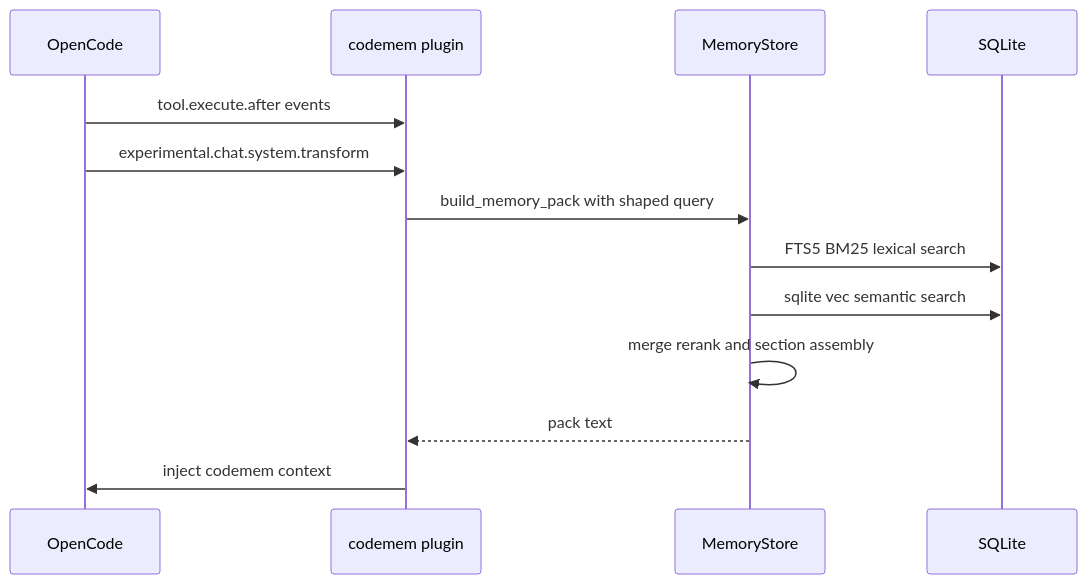
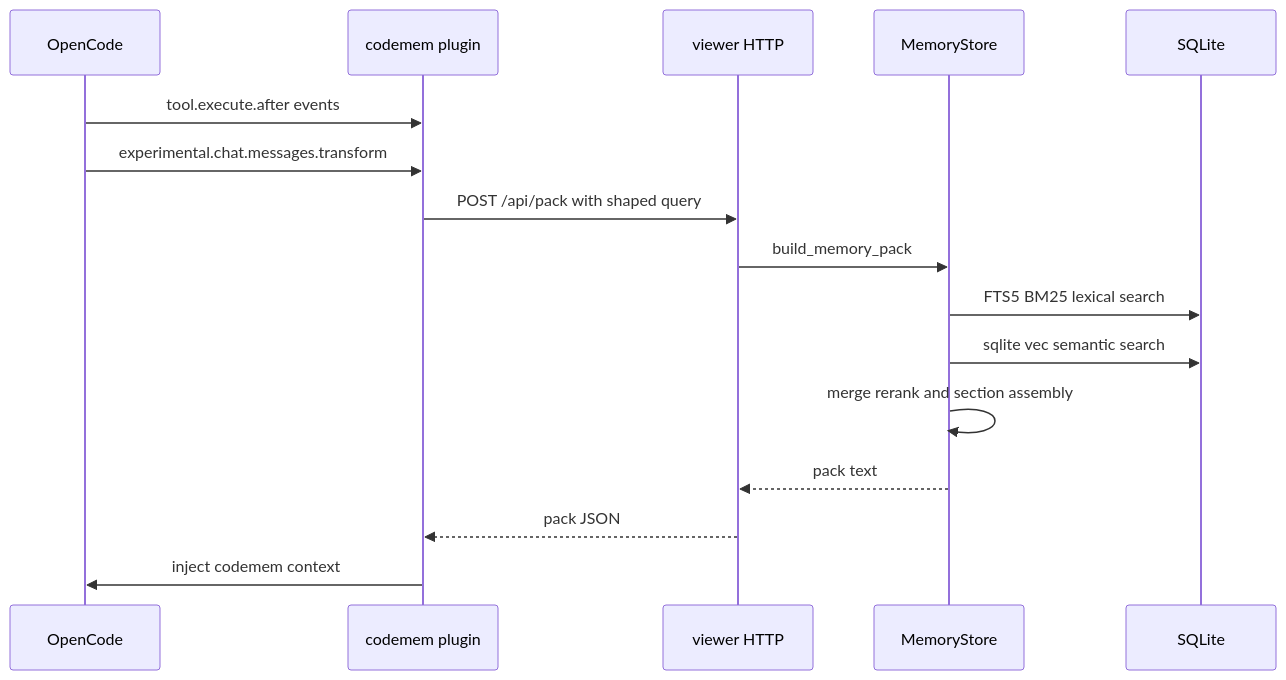
The diagram in integrations/codemem/README.md (vakandi/EliaAgent), drawn with Mermaid before and after one commit. The commit also changed other lines of this file and 637 other files, not shown here.

````diff
--- a/integrations/codemem/README.md
+++ b/integrations/codemem/README.md
@@ -85,16 +121,19 @@
 ```mermaid
 sequenceDiagram
 participant OC as OpenCode
 participant PL as codemem plugin
+participant VW as viewer HTTP
 participant ST as MemoryStore
 participant DB as SQLite
 
 OC->>PL: tool.execute.after events
-OC->>PL: experimental.chat.system.transform
-PL->>ST: build_memory_pack with shaped query
+OC->>PL: experimental.chat.messages.transform
+PL->>VW: POST /api/pack with shaped query
+VW->>ST: build_memory_pack
 ST->>DB: FTS5 BM25 lexical search
 ST->>DB: sqlite vec semantic search
 ST->>ST: merge rerank and section assembly
-ST-->>PL: pack text
+ST-->>VW: pack text
+VW-->>PL: pack JSON
 PL->>OC: inject codemem context
 ```
````
